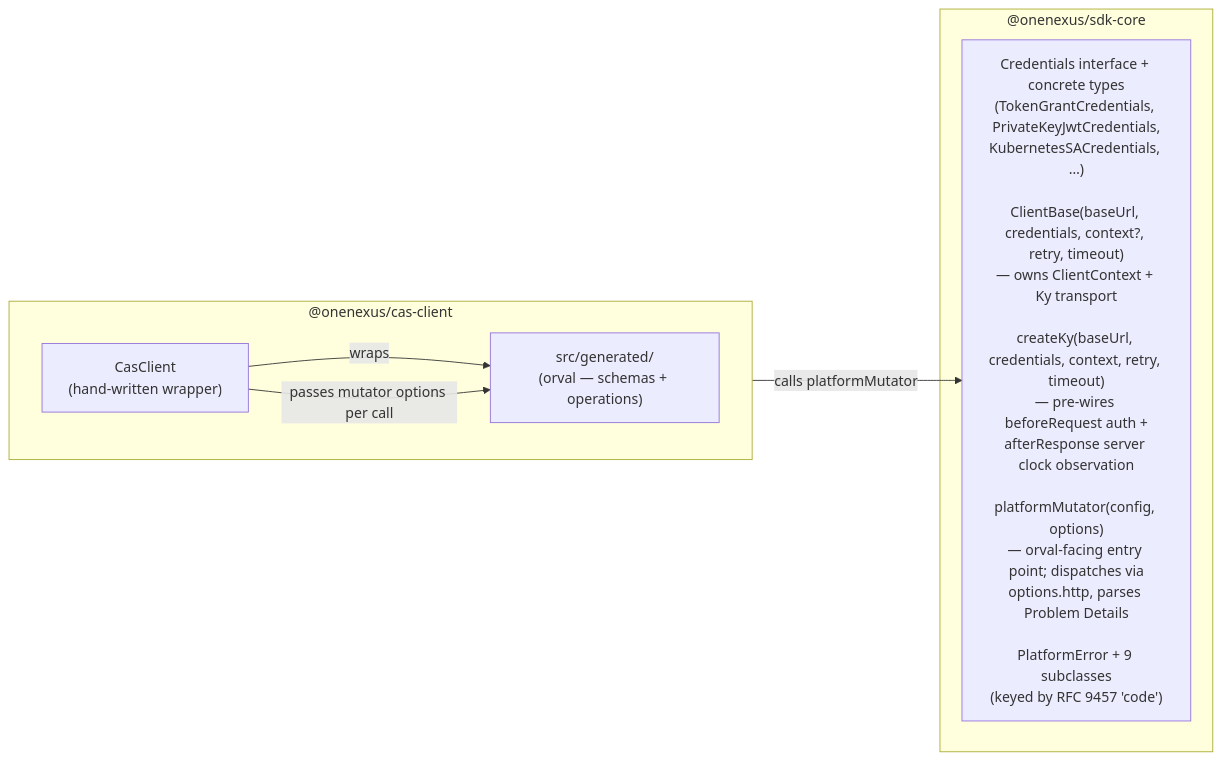
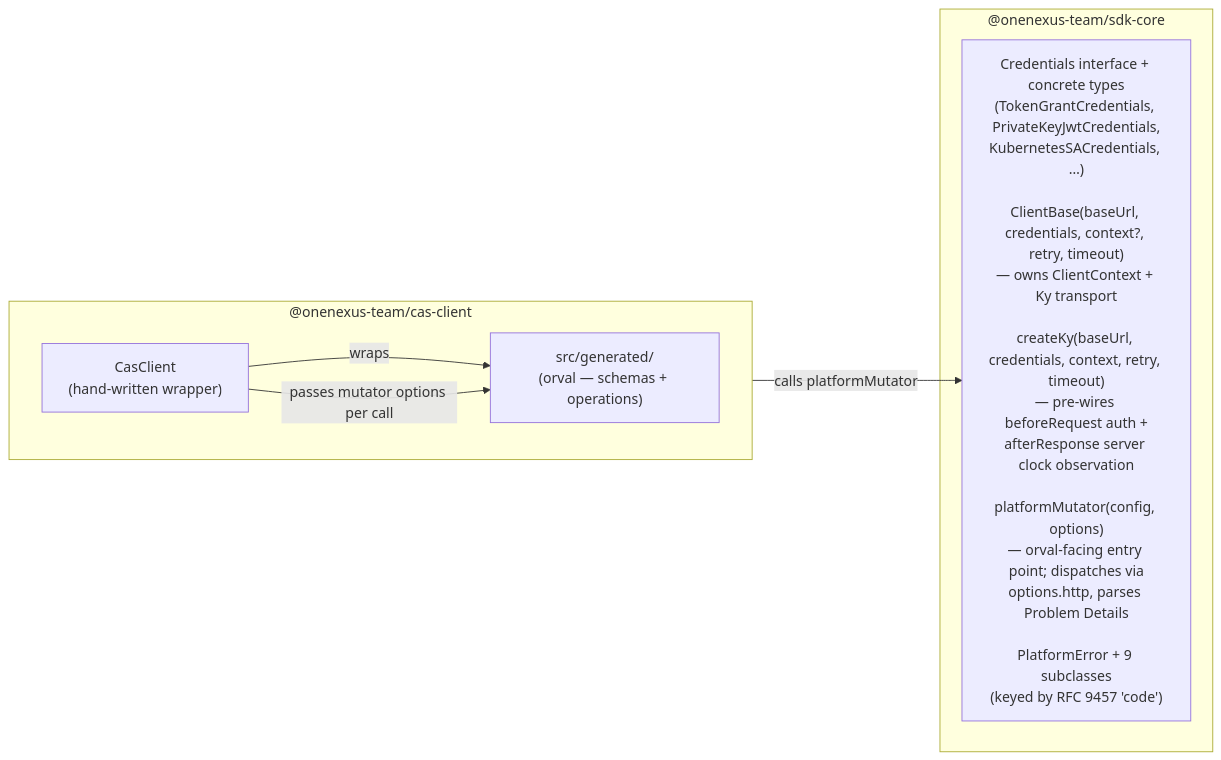
The diagram in ts/README.md (onenexus-team/onenexus-sdks), drawn with Mermaid before and after one commit. The commit also changed other lines of this file and 25 other files, not shown here.

````diff
--- a/ts/README.md
+++ b/ts/README.md
@@ -84,16 +84,16 @@
 ```mermaid
 flowchart LR
-    subgraph cas["@onenexus/cas-client"]
+    subgraph cas["@onenexus-team/cas-client"]
         direction LR
         client["CasClient<br/>(hand-written wrapper)"]
         gen["src/generated/<br/>(orval — schemas + operations)"]
         client -- wraps --> gen
     end
 
-    subgraph core["@onenexus/sdk-core"]
+    subgraph core["@onenexus-team/sdk-core"]
         coreNode["Credentials interface + concrete types<br/>(TokenGrantCredentials, PrivateKeyJwtCredentials,<br/>KubernetesSACredentials, …)<br/><br/>ClientBase(baseUrl, credentials, context?, retry, timeout)<br/>— owns ClientContext + Ky transport<br/><br/>createKy(baseUrl, credentials, context, retry, timeout)<br/>— pre-wires beforeRequest auth +<br/>afterResponse server clock observation<br/><br/>platformMutator(config, options)<br/>— orval-facing entry point; dispatches via<br/>options.http, parses Problem Details<br/><br/>PlatformError + 9 subclasses<br/>(keyed by RFC 9457 'code')"]
     end
 
     client -- "passes mutator options per call" --> gen
     gen -- "calls platformMutator" --> coreNode
 ```
````
